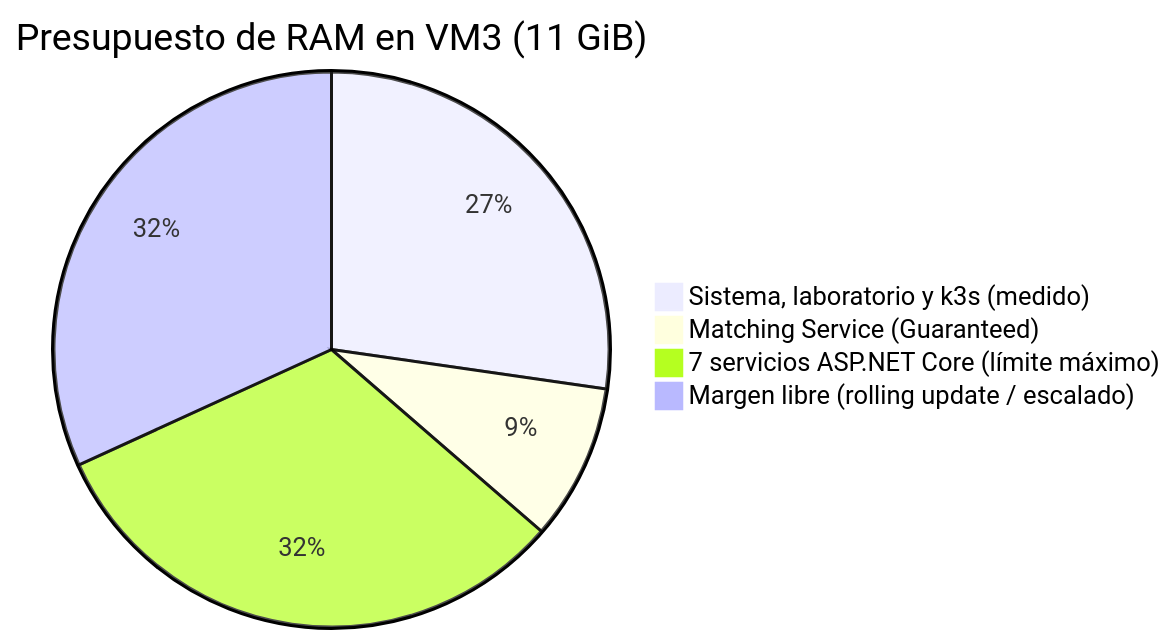
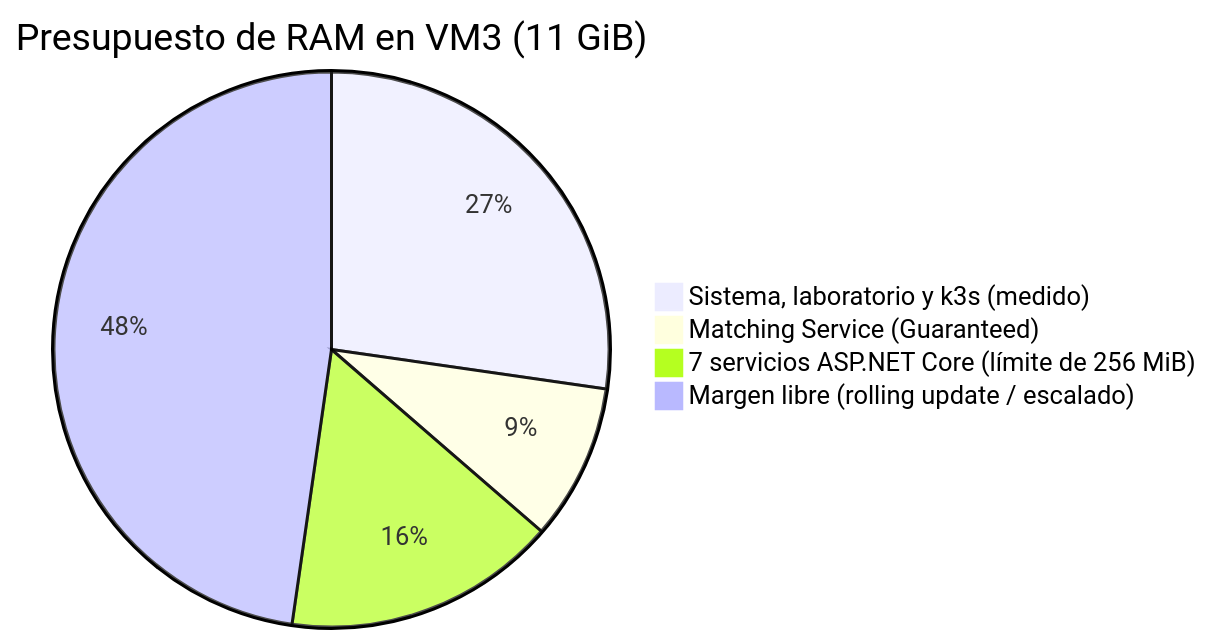
One commit to ARQUI-202630/quickpatch changed the third of 5 diagrams in docs/infrastructure/INFRASTRUCTURE.md. Above: the diagram before and after it, drawn with Mermaid. The commit also changed other lines of this file, not shown here.

First line of the commit message:
docs(infraestructura): Documento de Infraestructura V3 con los servicios desplegados (SCRUM-420)

````diff
--- a/docs/infrastructure/INFRASTRUCTURE.md
+++ b/docs/infrastructure/INFRASTRUCTURE.md
@@ -374,7 +426,7 @@
 ```mermaid
 pie title Presupuesto de RAM en VM3 (11 GiB)
     "Sistema, laboratorio y k3s (medido)" : 3
     "Matching Service (Guaranteed)" : 1
-    "7 servicios ASP.NET Core (límite máximo)" : 3.5
-    "Margen libre (rolling update / escalado)" : 3.5
+    "7 servicios ASP.NET Core (límite de 256 MiB)" : 1.75
+    "Margen libre (rolling update / escalado)" : 5.25
 ```
````
